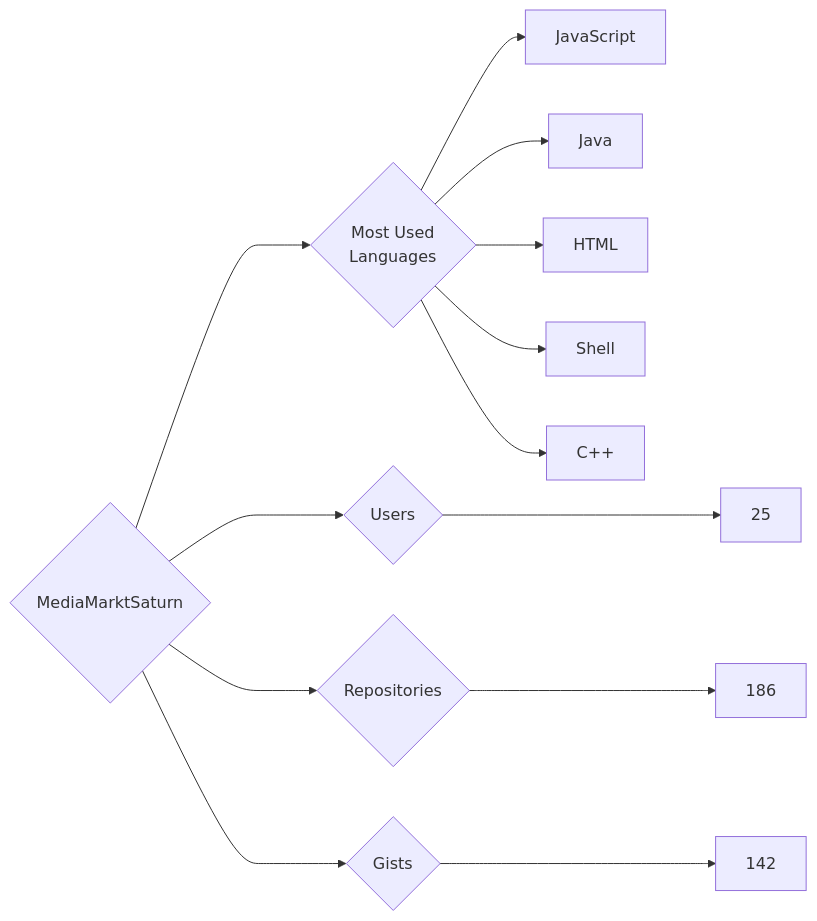
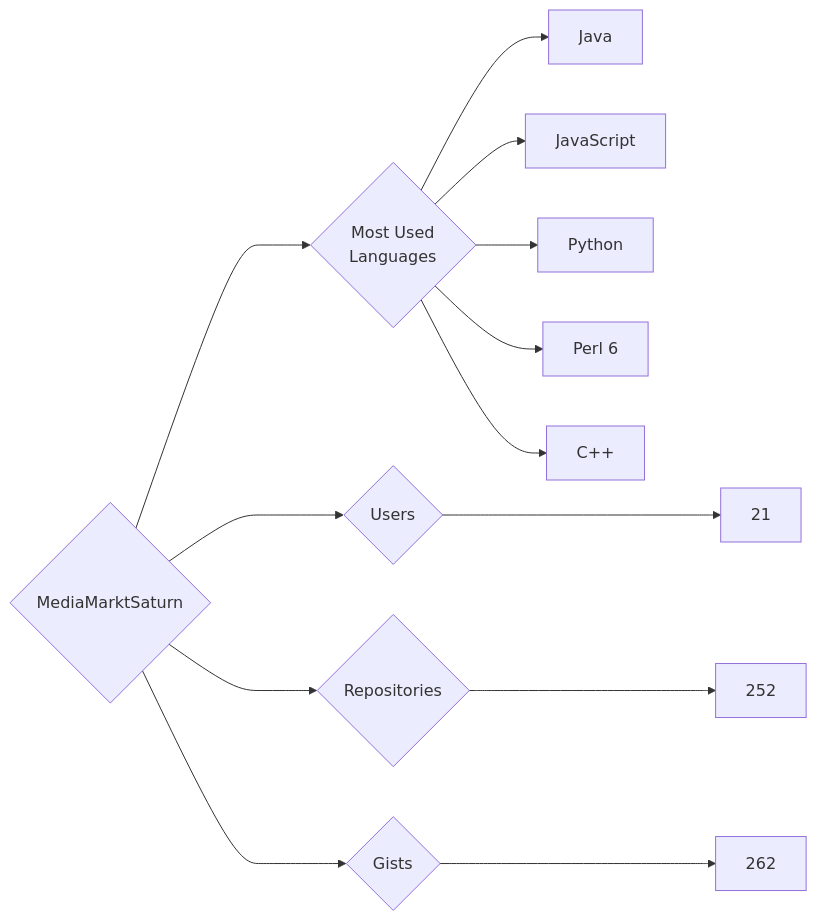
The diagram in targets/MediaMarktSaturn/README.md (trickest/insiders), drawn with Mermaid before and after one commit. The commit also changed 965 other files, not shown here.

````diff
--- a/targets/MediaMarktSaturn/README.md
+++ b/targets/MediaMarktSaturn/README.md
@@ -3,13 +3,13 @@
 ```mermaid
 graph LR
 COMPANY_NAME{MediaMarktSaturn}
-COMPANY_NAME ---> U{Users} ---> UN[25]
-COMPANY_NAME ---> R{Repositories} ---> RN[186]
-COMPANY_NAME ---> G{Gists} ---> GN[142]
+COMPANY_NAME ---> U{Users} ---> UN[21]
+COMPANY_NAME ---> R{Repositories} ---> RN[252]
+COMPANY_NAME ---> G{Gists} ---> GN[262]
 COMPANY_NAME ---> ML{Most Used<br>Languages}
+ML --> Java[Java]
 ML --> JavaScript[JavaScript]
-ML --> Java[Java]
-ML --> HTML[HTML]
-ML --> Shell[Shell]
+ML --> Python[Python]
+ML --> Perl_6[Perl 6]
 ML --> C++[C++]
 ```
````
